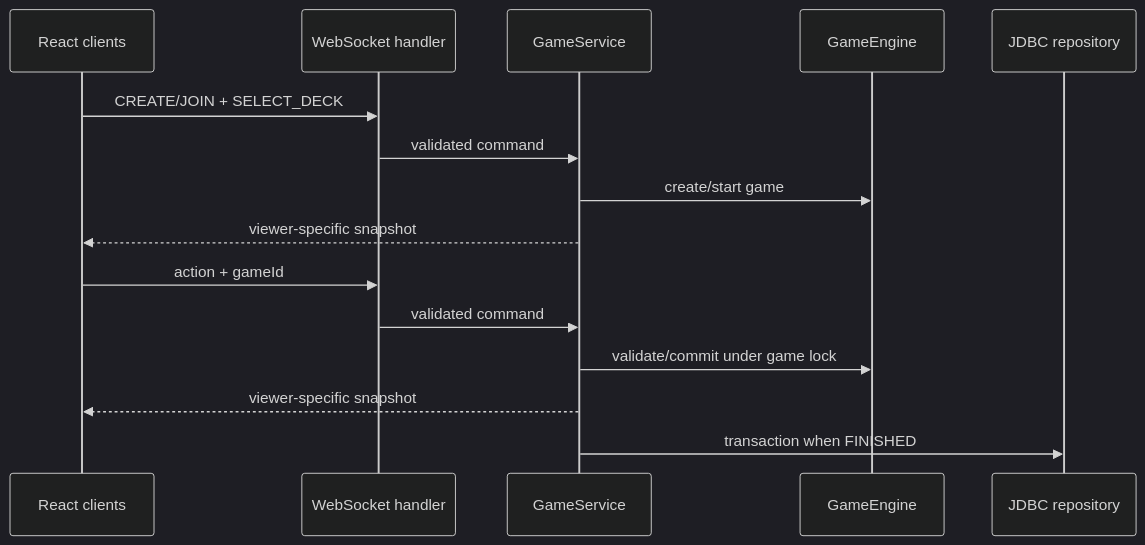
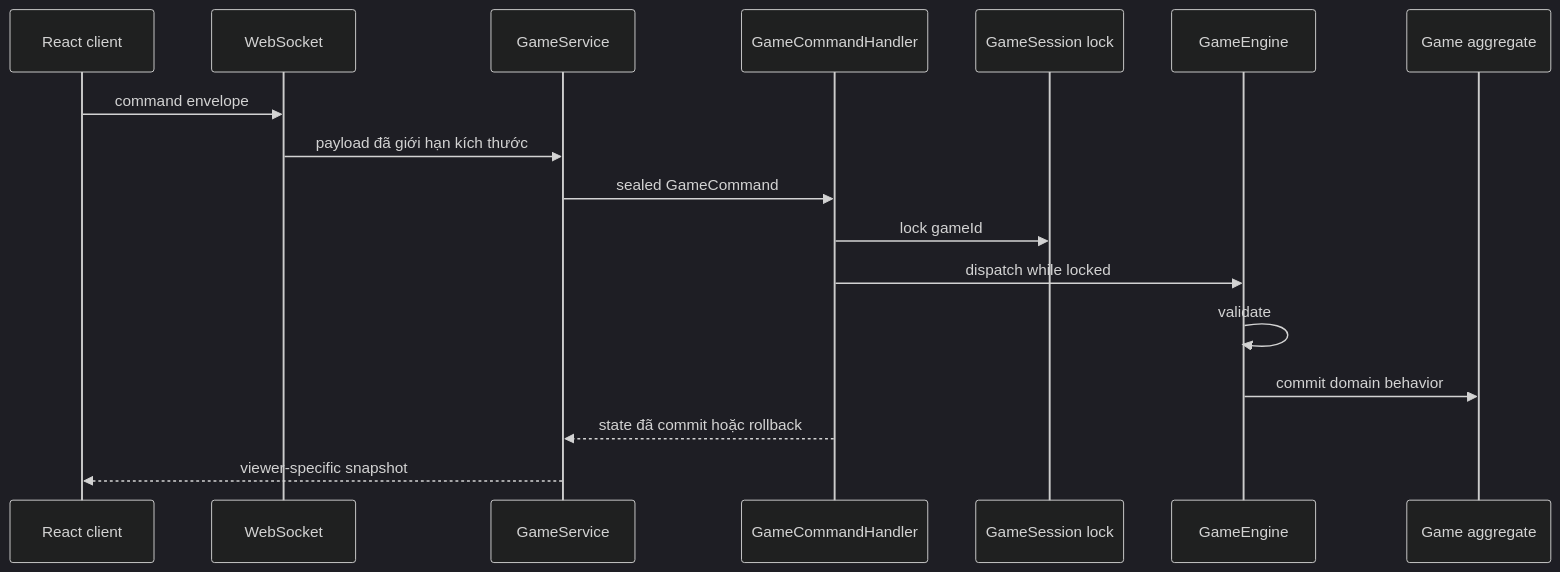
Before and after one commit to dongchoido/GamethebaihaynhatVN: the diagram in docs/ARCHITECTURE.md, drawn with Mermaid (dark theme). The commit also changed other lines of this file and 135 other files, not shown here.

````diff
--- a/docs/ARCHITECTURE.md
+++ b/docs/ARCHITECTURE.md
@@ -105,17 +35,19 @@
 ```mermaid
 sequenceDiagram
-  participant C as React clients
-  participant W as WebSocket handler
+  participant C as React client
+  participant W as WebSocket
   participant S as GameService
+  participant H as GameCommandHandler
+  participant L as GameSession lock
   participant E as GameEngine
-  participant D as JDBC repository
-  C->>W: CREATE/JOIN + SELECT_DECK
-  W->>S: validated command
-  S->>E: create/start game
+  participant G as Game aggregate
+  C->>W: command envelope
+  W->>S: payload đã giới hạn kích thước
+  S->>H: sealed GameCommand
+  H->>L: lock gameId
+  H->>E: dispatch while locked
+  E->>E: validate
+  E->>G: commit domain behavior
+  H-->>S: state đã commit hoặc rollback
   S-->>C: viewer-specific snapshot
-  C->>W: action + gameId
-  W->>S: validated command
-  S->>E: validate/commit under game lock
-  S-->>C: viewer-specific snapshot
-  S->>D: transaction when FINISHED
 ```
````
